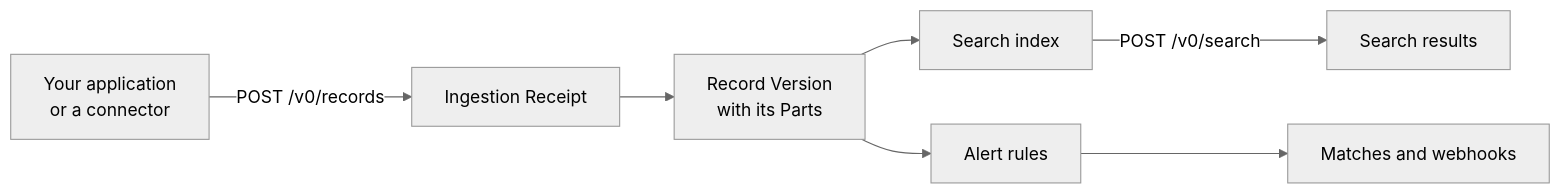
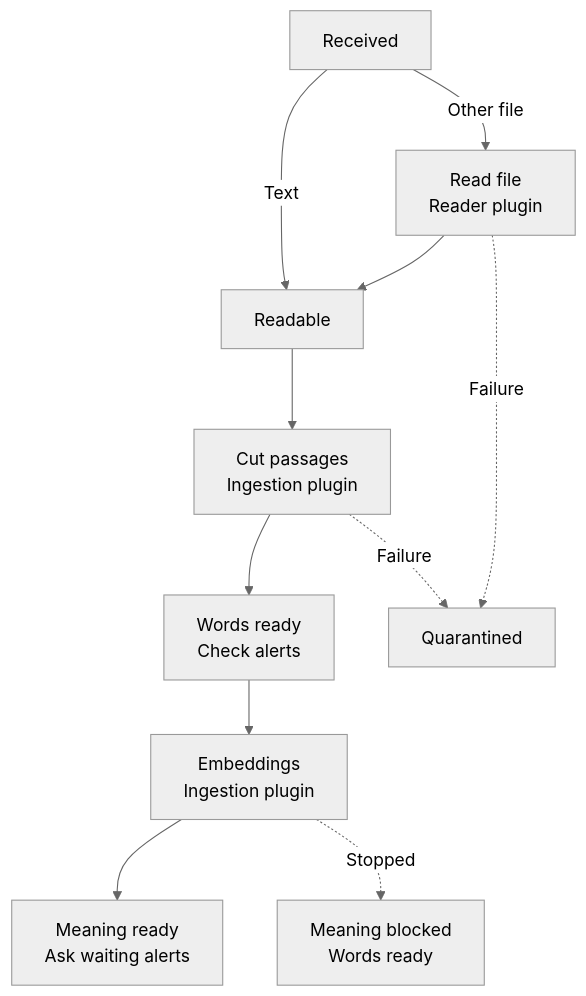
Before and after one commit to The-Vibe-Company/quivr: the first of 3 diagrams in docs-site/concepts.mdx, drawn with Mermaid (neutral theme). The commit also changed other lines of this file, not shown here.

````diff
--- a/docs-site/concepts.mdx
+++ b/docs-site/concepts.mdx
@@ -9,9 +25,13 @@
 ```mermaid
-flowchart LR
-    submit["Your application<br/>or a connector"] -->|POST /v0/records| receipt["Ingestion Receipt"]
-    receipt --> version["Record Version<br/>with its Parts"]
-    version --> index["Search index"]
-    version --> alerts["Alert rules"]
-    index -->|POST /v0/search| hits["Search results"]
-    alerts --> matches["Matches and webhooks"]
+flowchart TD
+    received["Received"] -->|Text| readable["Readable"]
+    received -->|Other file| extract["Read file<br/>Reader plugin"]
+    extract --> readable
+    readable --> passages["Cut passages<br/>Ingestion plugin"]
+    passages --> words["Words ready<br/>Check alerts"]
+    words --> embed["Embeddings<br/>Ingestion plugin"]
+    embed --> meaning["Meaning ready<br/>Ask waiting alerts"]
+    extract -. Failure .-> held["Quarantined"]
+    passages -. Failure .-> held
+    embed -. Stopped .-> blocked["Meaning blocked<br/>Words ready"]
 ```
````
